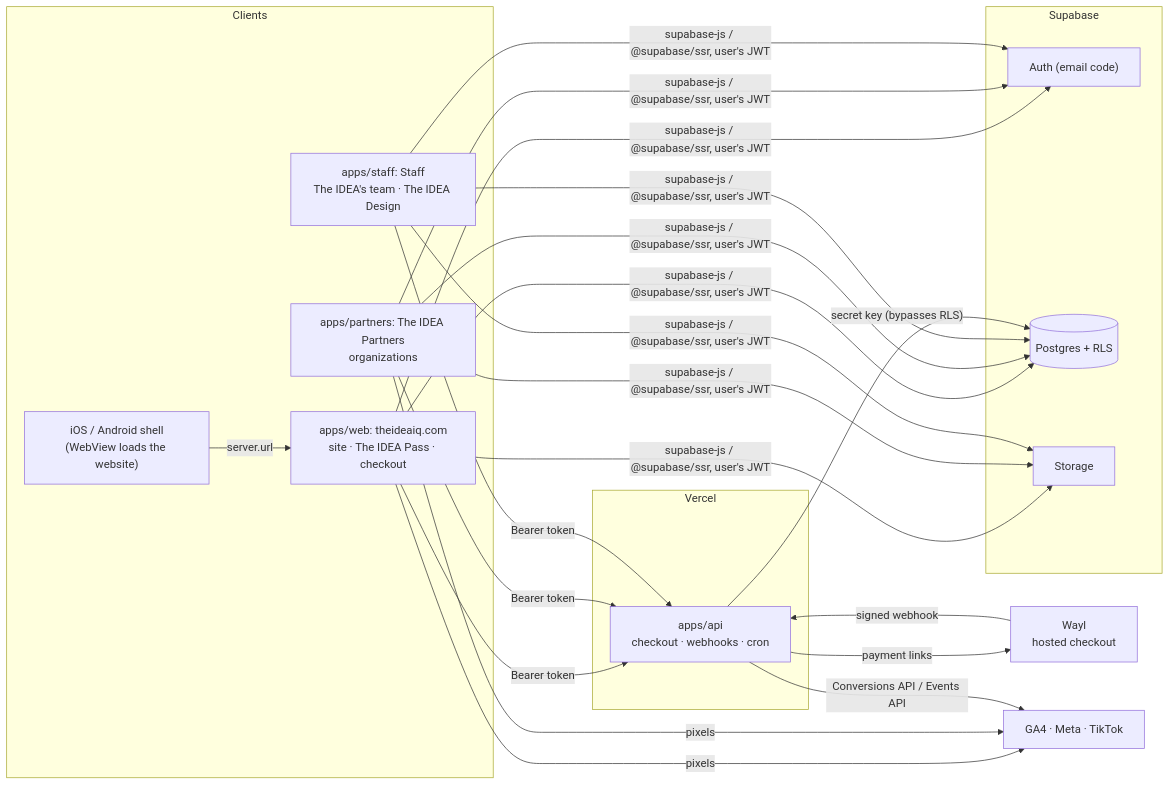
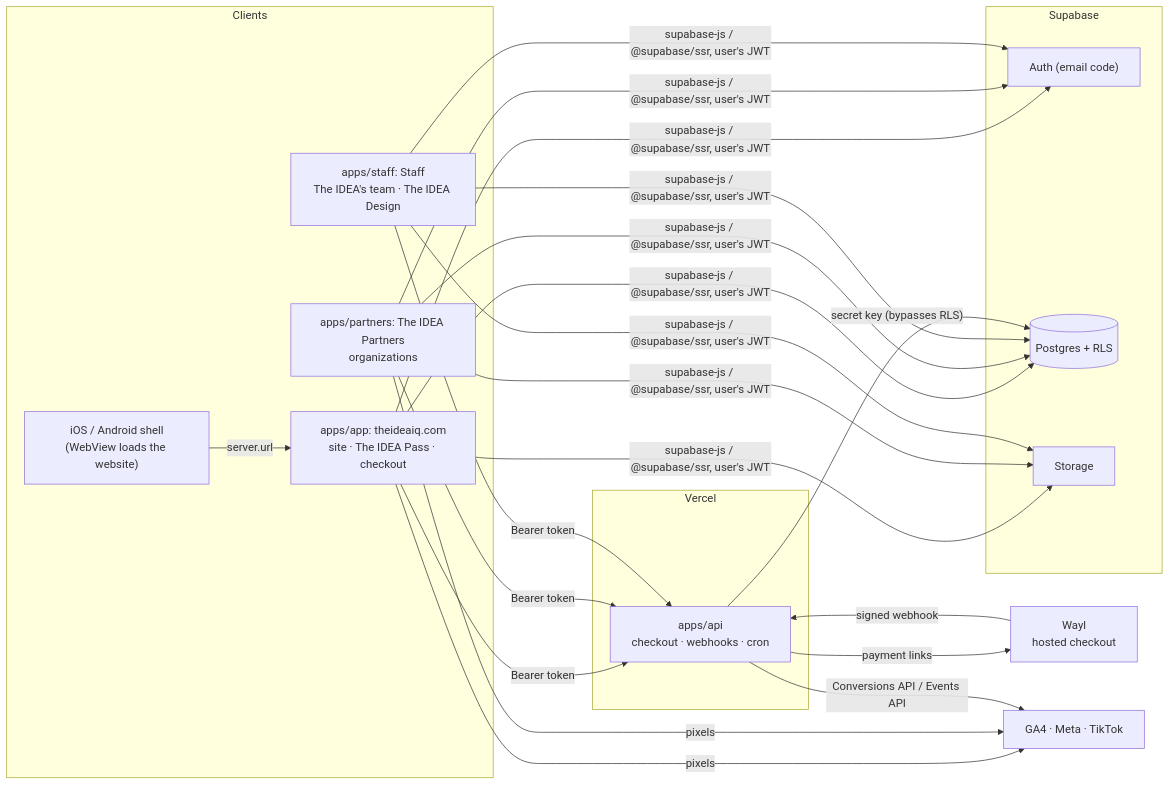
One commit to theideaiq/monorepo changed the first of 2 diagrams in ARCHITECTURE_AND_INTEGRATIONS.md. Above: the diagram before and after it, drawn with Mermaid. The commit also changed other lines of this file and 456 other files, not shown here.

First line of the commit message:
Rename apps/web to apps/app (#1183)

````diff
--- a/ARCHITECTURE_AND_INTEGRATIONS.md
+++ b/ARCHITECTURE_AND_INTEGRATIONS.md
@@ -25,28 +25,28 @@
 ```mermaid
 flowchart LR
   subgraph Clients
-    W["apps/web: theideaiq.com<br/>site · The IDEA Pass · checkout"]
+    W["apps/app: theideaiq.com<br/>site · The IDEA Pass · checkout"]
     A["apps/partners: The IDEA Partners<br/>organizations"]
     S["apps/staff: Staff<br/>The IDEA's team · The IDEA Design"]
     N["iOS / Android shell<br/>(WebView loads the website)"]
   end
   subgraph Server["Vercel"]
     API["apps/api<br/>checkout · webhooks · cron"]
   end
   subgraph Supabase
     AUTH["Auth (email code)"]
     DB[("Postgres + RLS")]
     ST["Storage"]
   end
   WAYL["Wayl<br/>hosted checkout"]
   ADS["GA4 · Meta · TikTok"]
 
   N -- "server.url" --> W
   W & A & S -- "supabase-js / @supabase/ssr, user's JWT" --> AUTH & DB & ST
   W & A & S -- "Bearer token" --> API
   API -- "secret key (bypasses RLS)" --> DB
   API -- "payment links" --> WAYL
   WAYL -- "signed webhook" --> API
   W & A -- "pixels" --> ADS
   API -- "Conversions API / Events API" --> ADS
 ```
````
